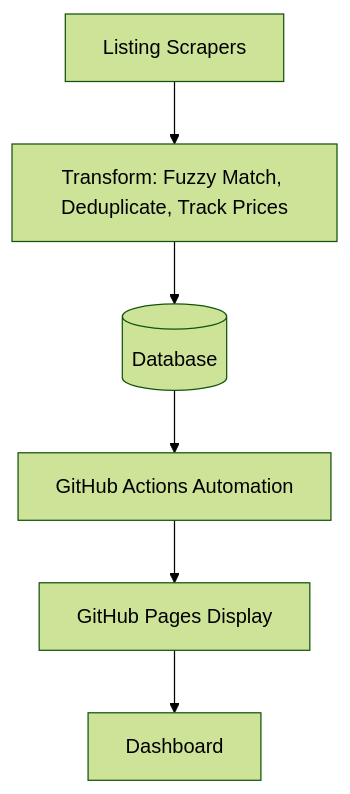
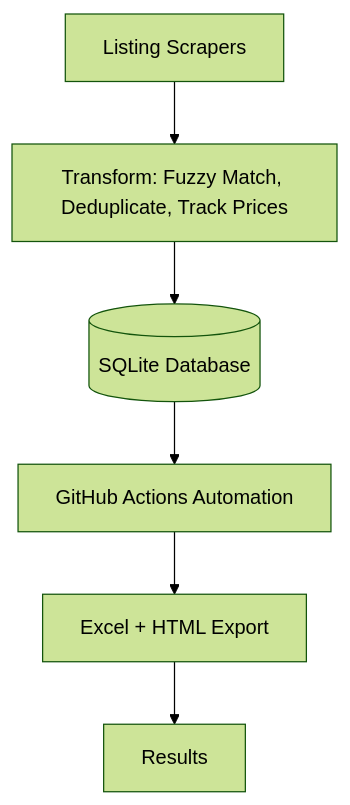
The diagram in README.md (BarnardF/Motorcycle-listing-web-scraper), drawn with Mermaid (forest theme) before and after one commit. The commit also changed other lines of this file, not shown here.

````diff
--- a/README.md
+++ b/README.md
@@ -22,8 +22,8 @@
 ```mermaid
 flowchart TD
     A[Listing Scrapers] --> B[Transform: Fuzzy Match, Deduplicate, Track Prices]
-    B --> C[(Database)]
+    B --> C[(SQLite Database)]
     C --> D[GitHub Actions Automation]
-    D --> E[GitHub Pages Display]
-    E --> F[Dashboard]
+    D --> E[Excel + HTML Export]
+    E --> F[Results]
 ```
````
